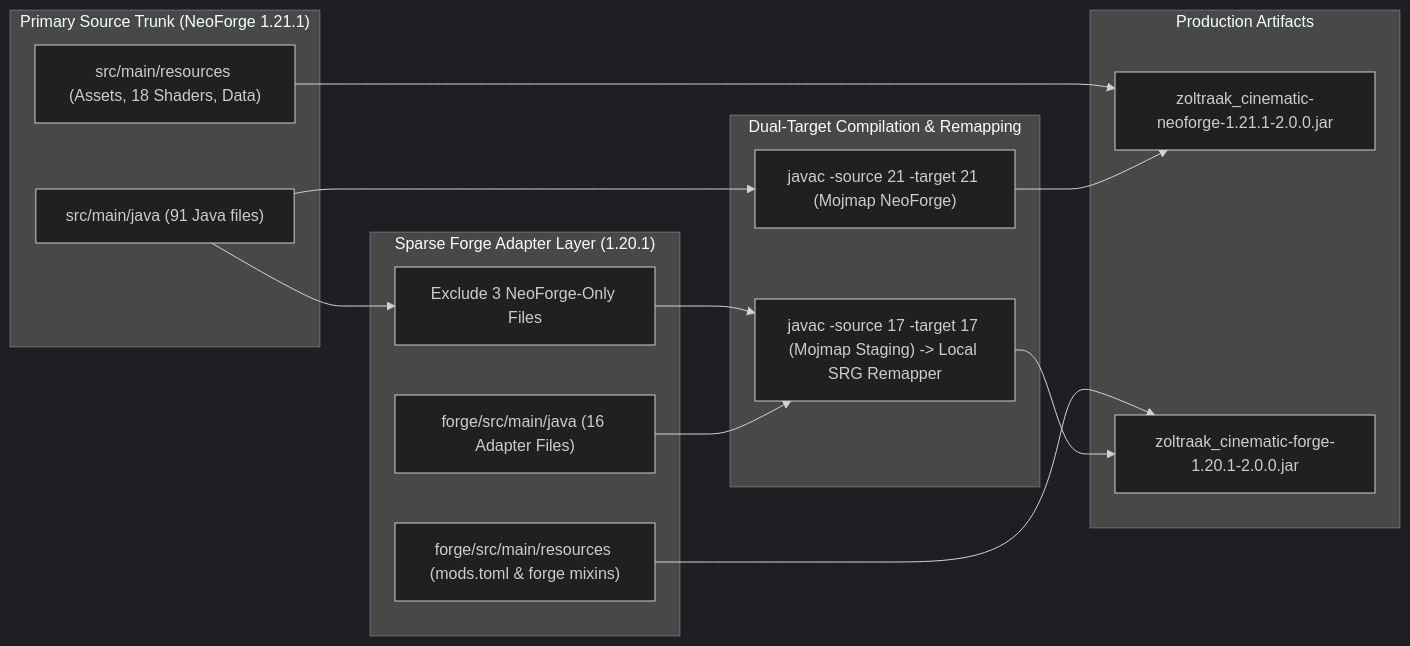
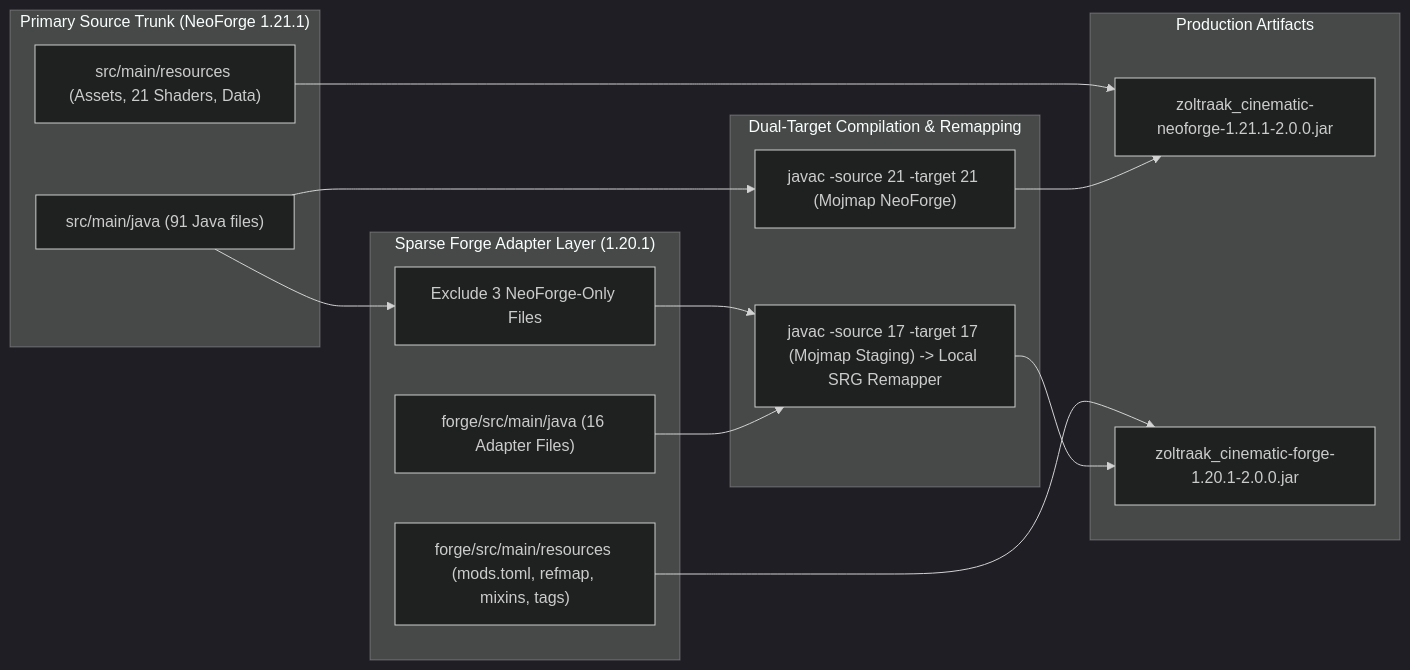
The second of 3 diagrams in ARCHITECTURE.md (ling-gwdgw2/Frieren-Flight), drawn with Mermaid (dark theme) before and after one commit. The commit also changed other lines of this file and 41 other files, not shown here.

````diff
--- a/ARCHITECTURE.md
+++ b/ARCHITECTURE.md
@@ -108,33 +108,33 @@
 ```mermaid
 flowchart LR
     subgraph Trunk ["Primary Source Trunk (NeoForge 1.21.1)"]
         NF_Src["src/main/java (91 Java files)"]
-        NF_Res["src/main/resources (Assets, 18 Shaders, Data)"]
+        NF_Res["src/main/resources (Assets, 21 Shaders, Data)"]
     end
 
     subgraph Forge_Overlay ["Sparse Forge Adapter Layer (1.20.1)"]
         FG_Exclude["Exclude 3 NeoForge-Only Files"]
         FG_Src["forge/src/main/java (16 Adapter Files)"]
-        FG_Res["forge/src/main/resources (mods.toml & forge mixins)"]
+        FG_Res["forge/src/main/resources (mods.toml, refmap, mixins, tags)"]
     end
 
     subgraph Compilers ["Dual-Target Compilation & Remapping"]
         JDK21["javac -source 21 -target 21 (Mojmap NeoForge)"]
         JDK17["javac -source 17 -target 17 (Mojmap Staging) -> Local SRG Remapper"]
     end
 
     subgraph Targets ["Production Artifacts"]
         NF_Jar["zoltraak_cinematic-neoforge-1.21.1-2.0.0.jar"]
         Forge_Jar["zoltraak_cinematic-forge-1.20.1-2.0.0.jar"]
     end
 
     NF_Src --> JDK21
     NF_Res --> NF_Jar
     JDK21 --> NF_Jar
 
     NF_Src --> FG_Exclude
     FG_Exclude --> JDK17
     FG_Src --> JDK17
     FG_Res --> Forge_Jar
     JDK17 --> Forge_Jar
 ```
````
